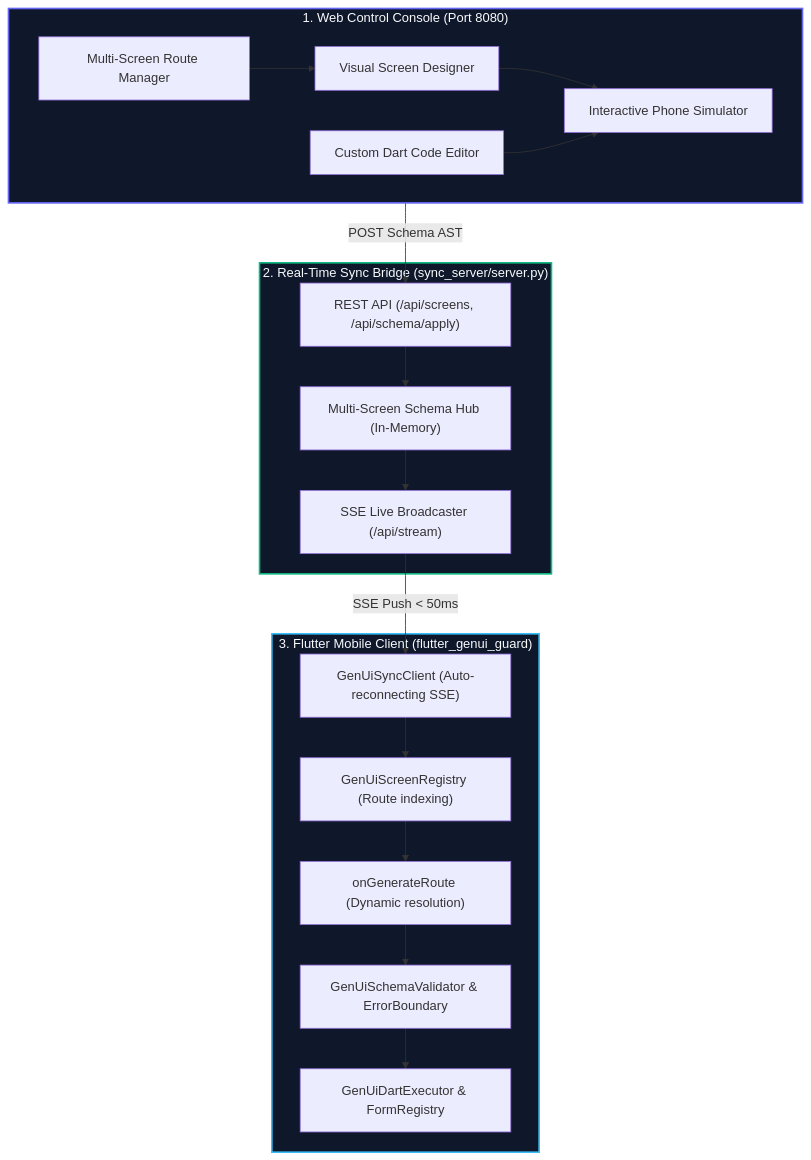
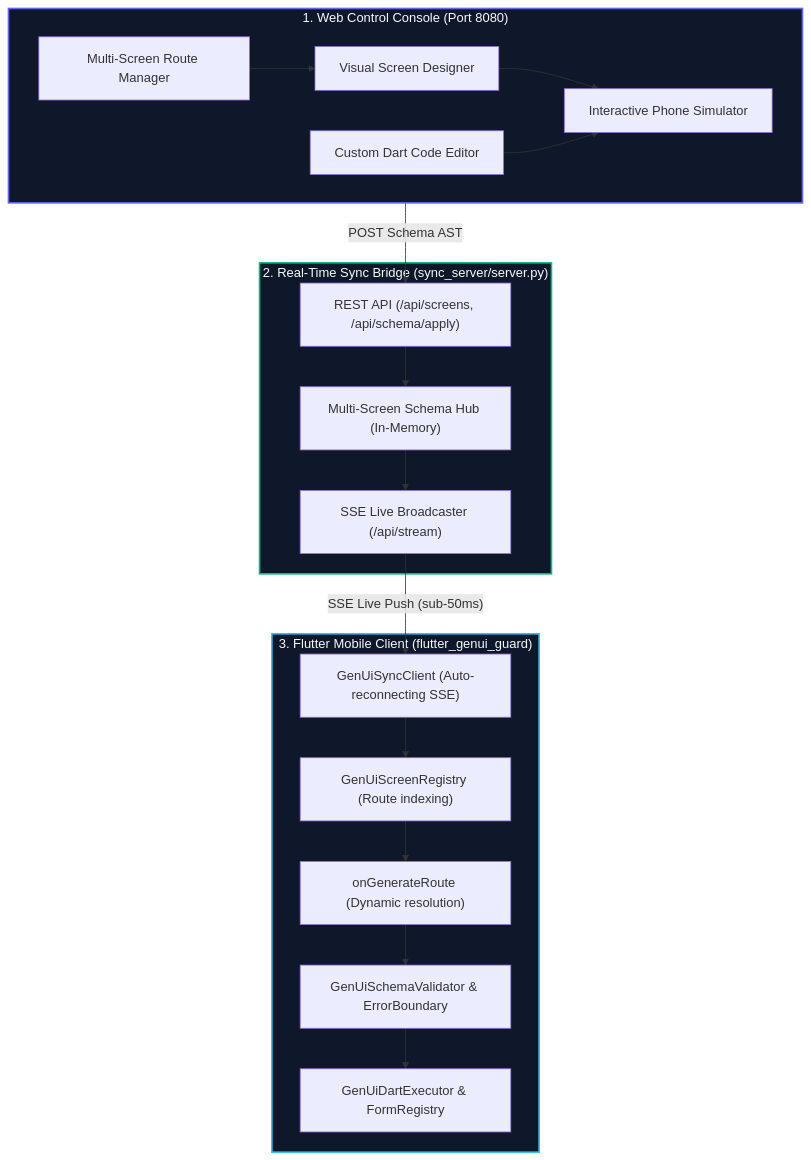
The third of 3 diagrams in README.md (must-yagnesh/web_genui_framework), drawn with Mermaid before and after one commit. The commit also changed other lines of this file and 1 other file, not shown here.

````diff
--- a/README.md
+++ b/README.md
@@ -130,35 +130,35 @@
 ```mermaid
 flowchart TD
     subgraph WebLayer["1. Web Control Console (Port 8080)"]
         Designer["Visual Screen Designer"]
         CodeEditor["Custom Dart Code Editor"]
         Simulator["Interactive Phone Simulator"]
         Tabs["Multi-Screen Route Manager"]
         Tabs --> Designer --> Simulator
         CodeEditor --> Simulator
     end
 
     subgraph SyncLayer["2. Real-Time Sync Bridge (sync_server/server.py)"]
         StateHub["Multi-Screen Schema Hub (In-Memory)"]
         REST["REST API (/api/screens, /api/schema/apply)"]
         SSE["SSE Live Broadcaster (/api/stream)"]
         REST --> StateHub --> SSE
     end
 
     subgraph MobileLayer["3. Flutter Mobile Client (flutter_genui_guard)"]
         SyncClient["GenUiSyncClient (Auto-reconnecting SSE)"]
         Registry["GenUiScreenRegistry (Route indexing)"]
         Router["onGenerateRoute (Dynamic resolution)"]
         Guard["GenUiSchemaValidator & ErrorBoundary"]
         Executor["GenUiDartExecutor & FormRegistry"]
 
         SyncClient --> Registry --> Router --> Guard --> Executor
     end
 
-    WebLayer -->|POST Schema AST| REST
-    SSE -->|SSE Push < 50ms| SyncClient
+    WebLayer -->|"POST Schema AST"| REST
+    SSE -->|"SSE Live Push (sub-50ms)"| SyncClient
 
     style WebLayer fill:#0f172a,stroke:#6366f1,stroke-width:2px,color:#f8fafc
     style SyncLayer fill:#0f172a,stroke:#10b981,stroke-width:2px,color:#f8fafc
     style MobileLayer fill:#0f172a,stroke:#38bdf8,stroke-width:2px,color:#f8fafc
 ```
````
